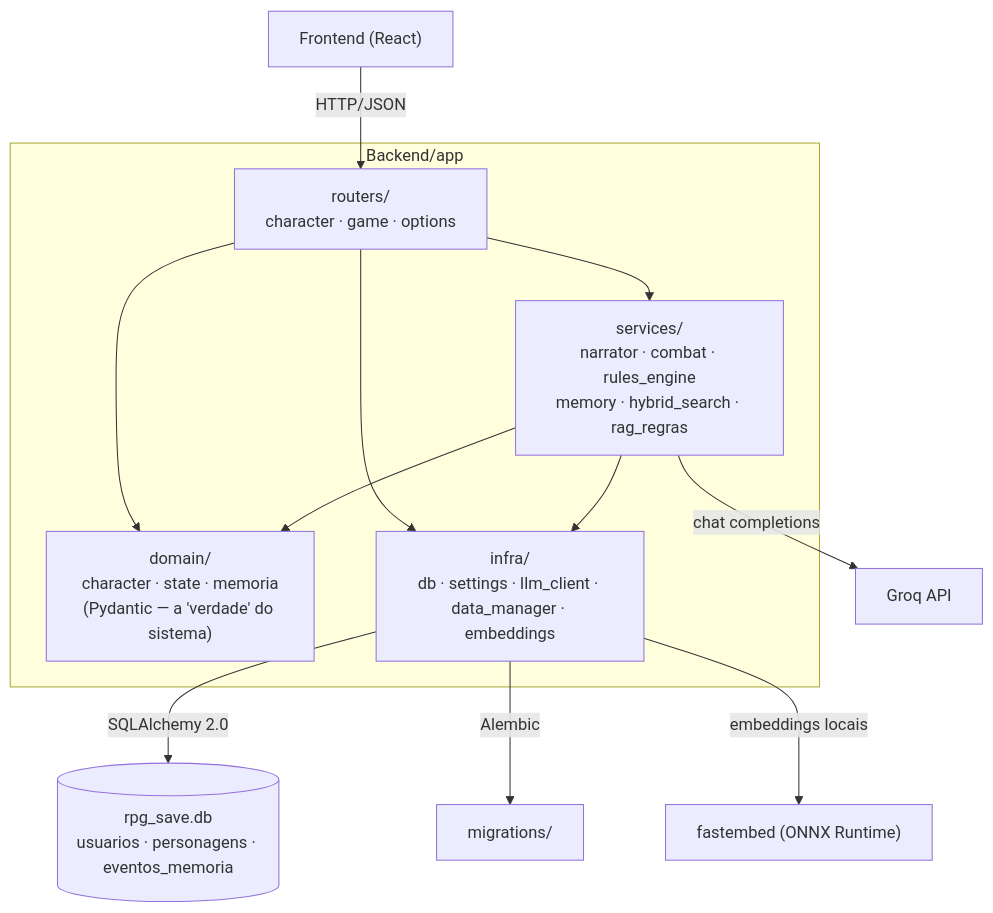
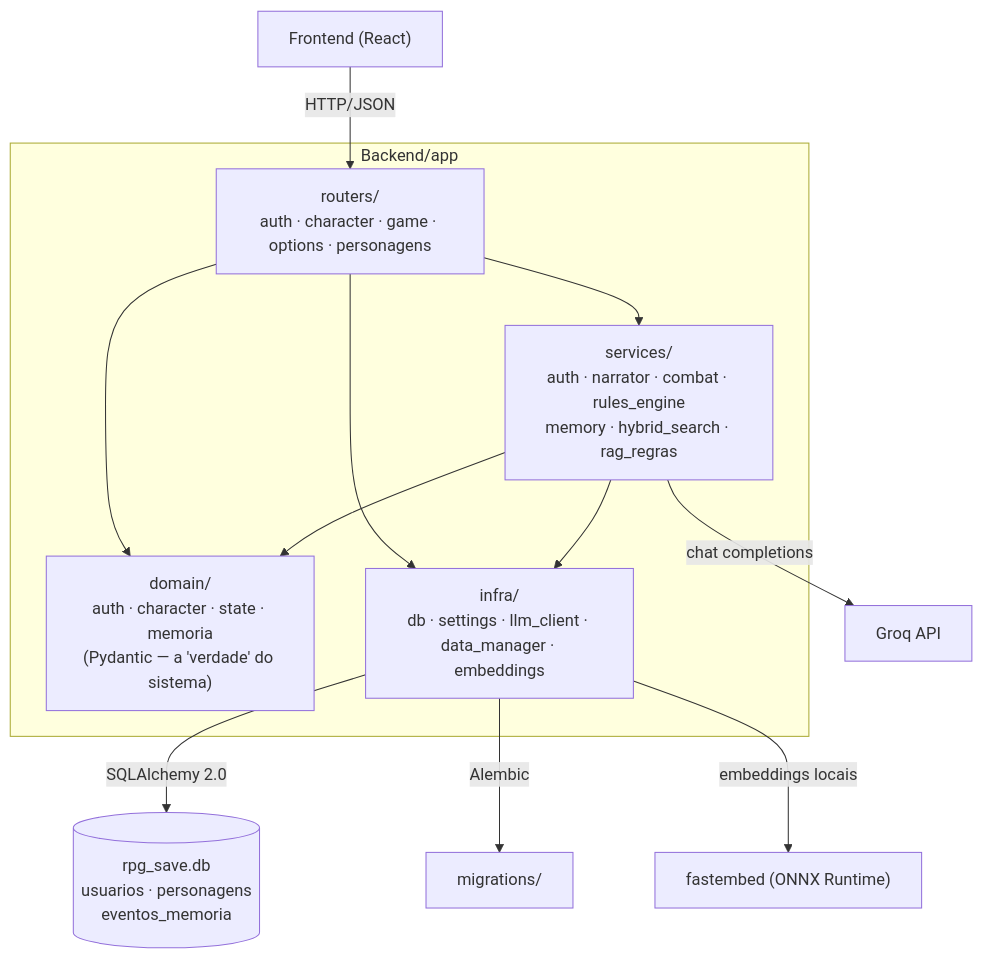
The diagram in README.md (Bobeda12/Mestre.IA), drawn with Mermaid before and after one commit. The commit also changed other lines of this file and 30 other files, not shown here.

````diff
--- a/README.md
+++ b/README.md
@@ -79,22 +83,22 @@
 ```mermaid
 flowchart TB
     FE["Frontend (React)"] -->|HTTP/JSON| RT
 
     subgraph app["Backend/app"]
-        RT["routers/<br/>character · game · options"]
-        SV["services/<br/>narrator · combat · rules_engine<br/>memory · hybrid_search · rag_regras"]
-        DM["domain/<br/>character · state · memoria<br/>(Pydantic — a 'verdade' do sistema)"]
+        RT["routers/<br/>auth · character · game · options · personagens"]
+        SV["services/<br/>auth · narrator · combat · rules_engine<br/>memory · hybrid_search · rag_regras"]
+        DM["domain/<br/>auth · character · state · memoria<br/>(Pydantic — a 'verdade' do sistema)"]
         IF["infra/<br/>db · settings · llm_client · data_manager · embeddings"]
 
         RT --> SV
         RT --> DM
         RT --> IF
         SV --> DM
         SV --> IF
     end
 
-    IF -->|SQLAlchemy 2.0| DB[("rpg_save.db<br/>usuarios · personagens · eventos_memoria")]
+    IF -->|SQLAlchemy 2.0| DB[("rpg_save.db<br/>usuarios · personagens<br/>eventos_memoria")]
     IF -->|Alembic| MIG["migrations/"]
     SV -->|chat completions| GROQ["Groq API"]
     IF -->|embeddings locais| ONNX["fastembed (ONNX Runtime)"]
 ```
````
